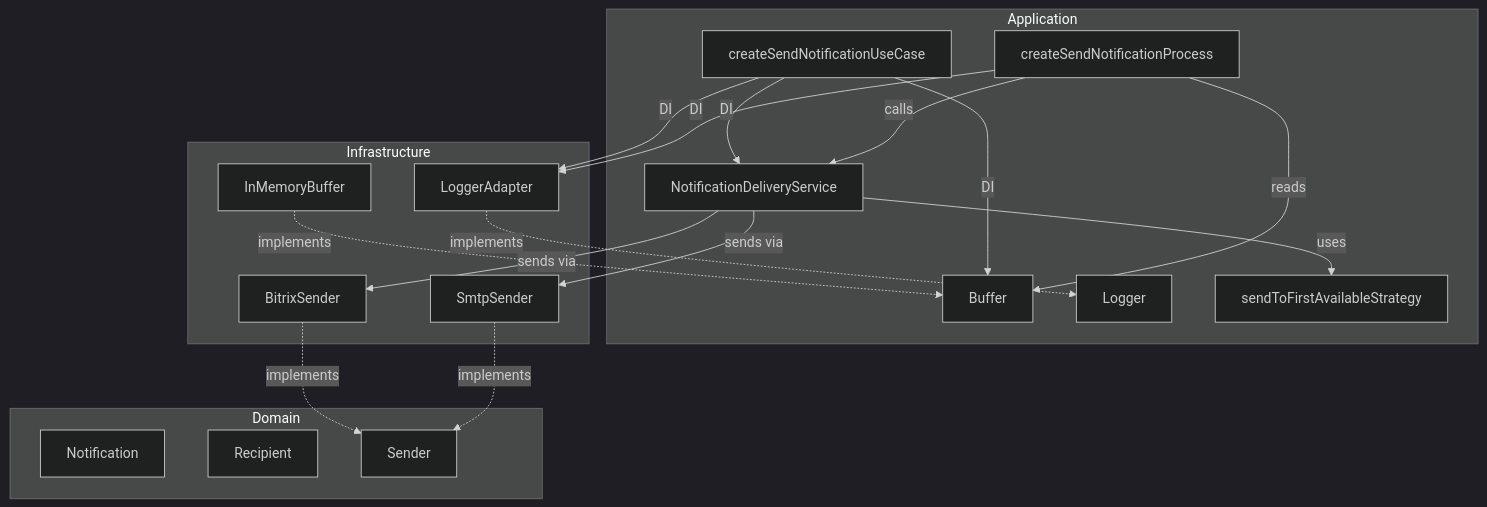
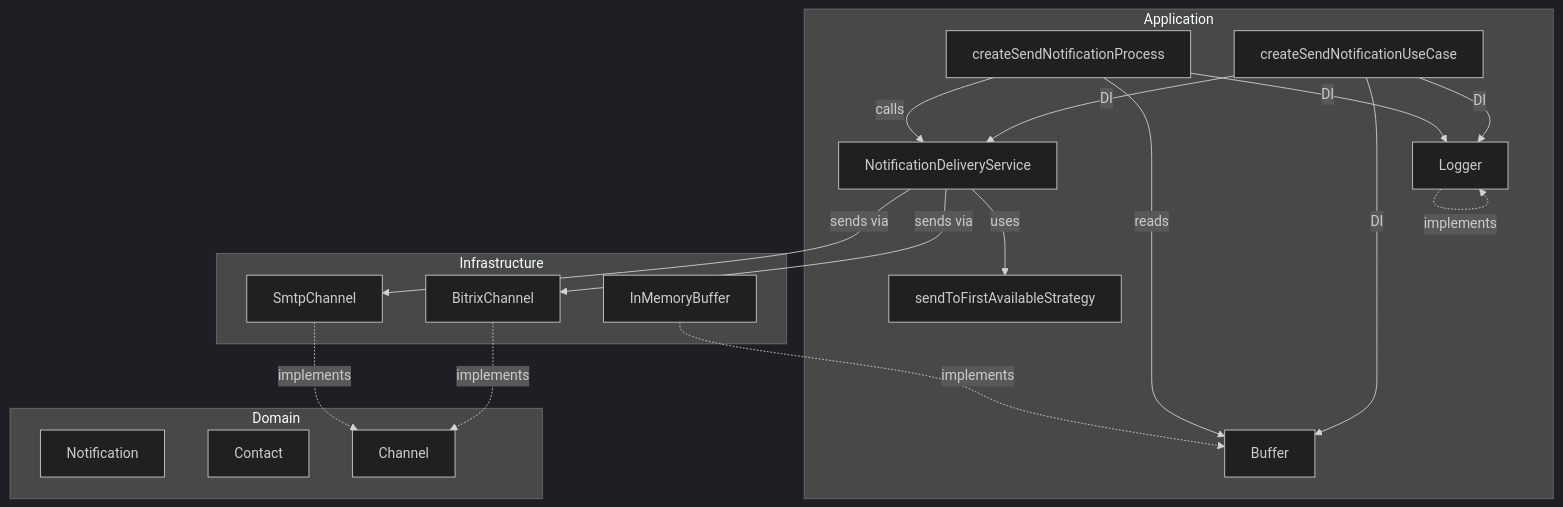
One commit to andreyantropov/notification-service changed the second of 2 diagrams in docs/architecture/architecture.md. Above: the diagram before and after it, drawn with Mermaid (dark theme). The commit also changed other lines of this file and 263 other files, not shown here.

````diff
--- a/docs/architecture/architecture.md
+++ b/docs/architecture/architecture.md
@@ -130,39 +131,39 @@
 ```mermaid
 
 graph TD
   subgraph Domain
     Notification[Notification]
-    Recipient[Recipient]
-    Sender[Sender]
+    Contact[Contact]
+    Channel[Channel]
   end
 
   subgraph Application
     Buffer[Buffer<Notification>]
     Logger[Logger]
     DeliveryService[NotificationDeliveryService]
     UseCase[createSendNotificationUseCase]
     Process[createSendNotificationProcess]
     Strategy[sendToFirstAvailableStrategy]
   end
 
   subgraph Infrastructure
     BufferImpl[InMemoryBuffer]
-    BitrixSender[BitrixSender]
-    SmtpSender[SmtpSender]
-    LoggerAdapter[LoggerAdapter]
+    BitrixChannel[BitrixChannel]
+    SmtpChannel[SmtpChannel]
+    Logger[Logger]
   end
 
   UseCase -->|DI| Buffer
   UseCase -->|DI| DeliveryService
-  UseCase -->|DI| LoggerAdapter
+  UseCase -->|DI| Logger
   Process -->|reads| Buffer
   Process -->|calls| DeliveryService
-  Process -->|DI| LoggerAdapter
+  Process -->|DI| Logger
   DeliveryService -->|uses| Strategy
-  DeliveryService -->|sends via| BitrixSender
-  DeliveryService -->|sends via| SmtpSender
+  DeliveryService -->|sends via| BitrixChannel
+  DeliveryService -->|sends via| SmtpChannel
   BufferImpl -.->|implements| Buffer
-  BitrixSender -.->|implements| Sender
-  SmtpSender -.->|implements| Sender
-  LoggerAdapter -.->|implements| Logger
+  BitrixChannel -.->|implements| Channel
+  SmtpChannel -.->|implements| Channel
+  Logger -.->|implements| Logger
 ```
````
